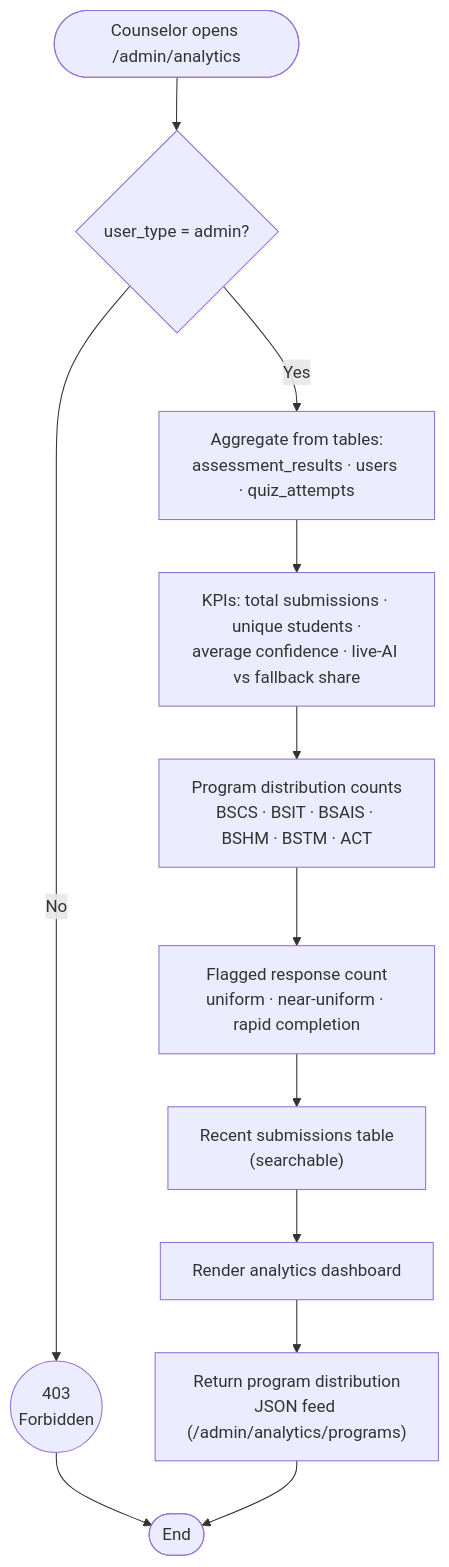
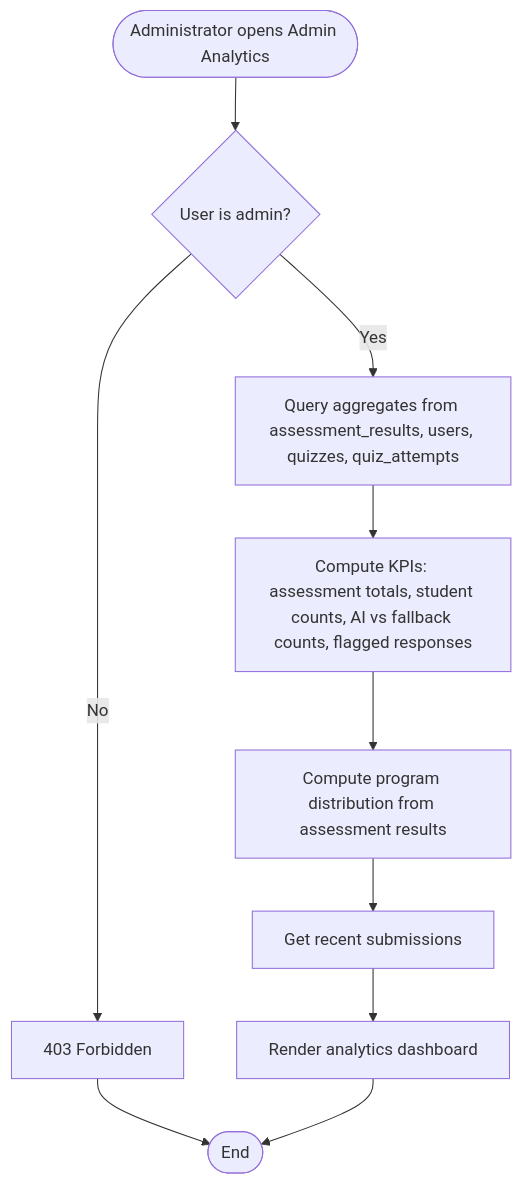
The diagram in docs/thesis-diagrams/09-admin-analytics-flowchart.md (natsuck/aguhonai), drawn with Mermaid before and after one commit. The commit also changed other lines of this file and 20 other files, not shown here.

Commit message:
added diagrams

````diff
--- a/docs/thesis-diagrams/09-admin-analytics-flowchart.md
+++ b/docs/thesis-diagrams/09-admin-analytics-flowchart.md
@@ -3,20 +3,16 @@
 ```mermaid
 flowchart TD
-    START([Counselor opens /admin/analytics])
-    ADM{user_type = admin?}
-    AGG["Aggregate from tables:<br/>assessment_results · users · quiz_attempts"]
-    KPI["KPIs: total submissions · unique students ·<br/>average confidence · live-AI vs fallback share"]
-    PROG["Program distribution counts<br/>BSCS · BSIT · BSAIS · BSHM · BSTM · ACT"]
-    FLAG["Flagged response count<br/>uniform · near-uniform · rapid completion"]
-    REC["Recent submissions table<br/>(searchable)"]
-    FEED["Return program distribution<br/>JSON feed (/admin/analytics/programs)"]
-    REND["Render analytics dashboard"]
-    DEN(("403<br/>Forbidden"))
+    START([Administrator opens Admin Analytics])
+    AUTH{User is admin?}
+    DENY["403 Forbidden"]
+    QUERY["Query aggregates from assessment_results, users, quizzes, quiz_attempts"]
+    KPI["Compute KPIs: assessment totals, student counts, AI vs fallback counts, flagged responses"]
+    DIST["Compute program distribution from assessment results"]
+    RECENT["Get recent submissions"]
+    RENDER["Render analytics dashboard"]
     END([End])
 
-    START --> ADM
-    ADM -- "No" --> DEN --> END
-    ADM -- "Yes" --> AGG --> KPI
-    KPI --> PROG --> FLAG --> REC --> REND
-    REND --> FEED --> END
+    START --> AUTH
+    AUTH -- "No" --> DENY --> END
+    AUTH -- "Yes" --> QUERY --> KPI --> DIST --> RECENT --> RENDER --> END
 ```
````
